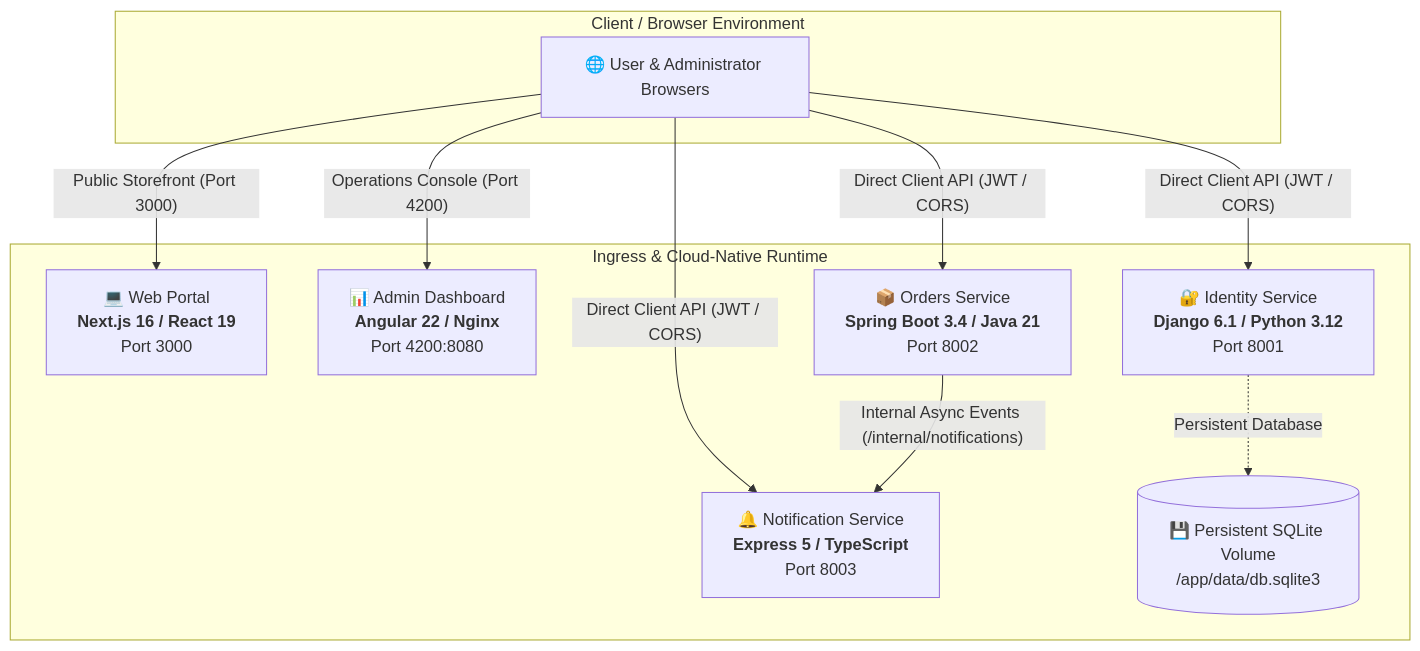
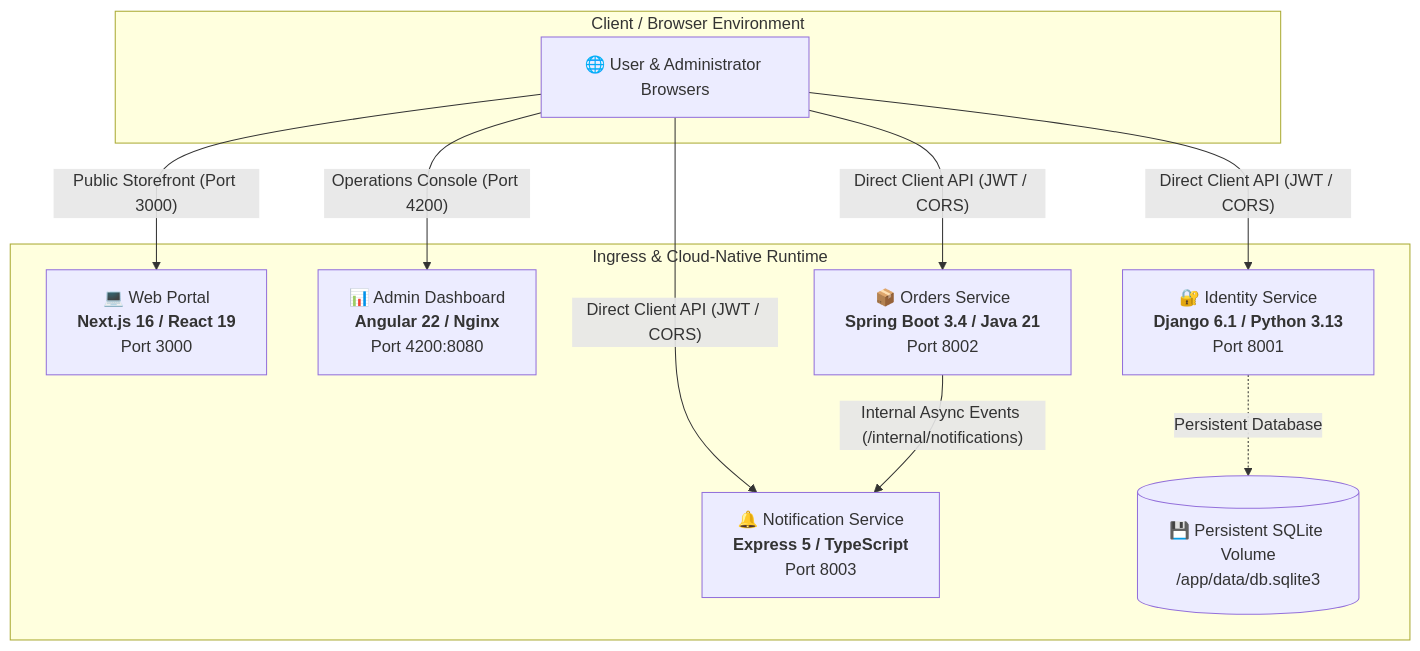
One commit to O2sa/DevSecOps-Monorepo-Shawcase changed the first of 2 diagrams in README.md. Above: the diagram before and after it, drawn with Mermaid. The commit also changed other lines of this file and 11 other files, not shown here.

````diff
--- a/README.md
+++ b/README.md
@@ -42,24 +42,24 @@
 ```mermaid
 flowchart TD
     subgraph Client / Browser Environment
         Browser["🌐 User & Administrator Browsers"]
     end
 
     subgraph Ingress & Cloud-Native Runtime
         Web["💻 Web Portal<br/><b>Next.js 16 / React 19</b><br/>Port 3000"]
         Dashboard["📊 Admin Dashboard<br/><b>Angular 22 / Nginx</b><br/>Port 4200:8080"]
-        Identity["🔐 Identity Service<br/><b>Django 6.1 / Python 3.12</b><br/>Port 8001"]
+        Identity["🔐 Identity Service<br/><b>Django 6.1 / Python 3.13</b><br/>Port 8001"]
         Orders["📦 Orders Service<br/><b>Spring Boot 3.4 / Java 21</b><br/>Port 8002"]
         Notify["🔔 Notification Service<br/><b>Express 5 / TypeScript</b><br/>Port 8003"]
         Volume[("💾 Persistent SQLite Volume<br/>/app/data/db.sqlite3")]
     end
 
     Browser -->|"Public Storefront (Port 3000)"| Web
     Browser -->|"Operations Console (Port 4200)"| Dashboard
     Browser -->|"Direct Client API (JWT / CORS)"| Identity
     Browser -->|"Direct Client API (JWT / CORS)"| Orders
     Browser -->|"Direct Client API (JWT / CORS)"| Notify
 
     Orders -->|"Internal Async Events (/internal/notifications)"| Notify
     Identity -.->|"Persistent Database"| Volume
 ```
````
